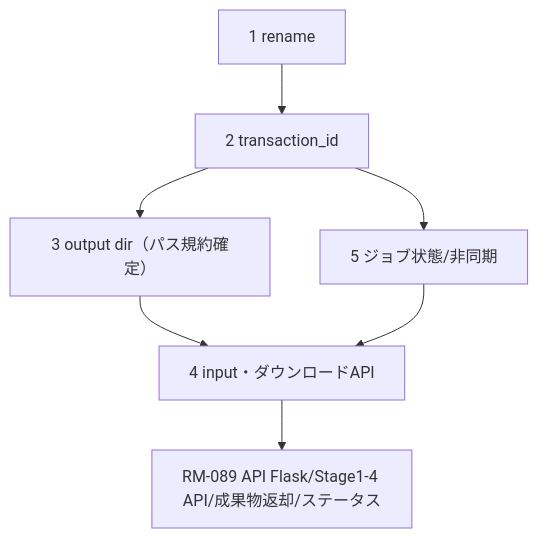
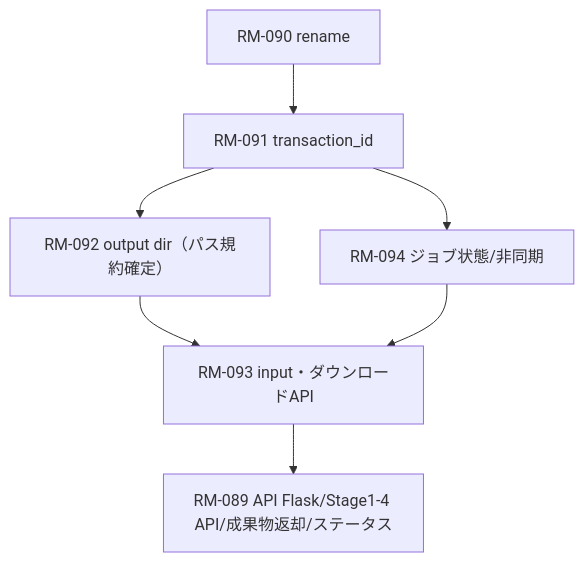
Before and after one commit to yurake/pptx_generator: the diagram in docs/notes/20251217-rm089-web-if.md, drawn with Mermaid. The commit also changed other lines of this file, not shown here.

Commit message:
docs(notes): align rm089 roadmap references

````diff
--- a/docs/notes/20251217-rm089-web-if.md
+++ b/docs/notes/20251217-rm089-web-if.md
@@ -2,9 +2,9 @@
 ```mermaid
 flowchart TD
-    A1[1 rename] --> A2[2 transaction_id]
-    A2 --> A3[3 output dir（パス規約確定）]
-    A2 --> A5[5 ジョブ状態/非同期]
-    A3 --> A4[4 input・ダウンロードAPI]
+    A1[RM-090 rename] --> A2[RM-091 transaction_id]
+    A2 --> A3[RM-092 output dir（パス規約確定）]
+    A2 --> A5[RM-094 ジョブ状態/非同期]
+    A3 --> A4[RM-093 input・ダウンロードAPI]
     A5 --> A4
     A4 --> A6[RM-089 API Flask/Stage1-4 API/成果物返却/ステータス]
 ```
````
